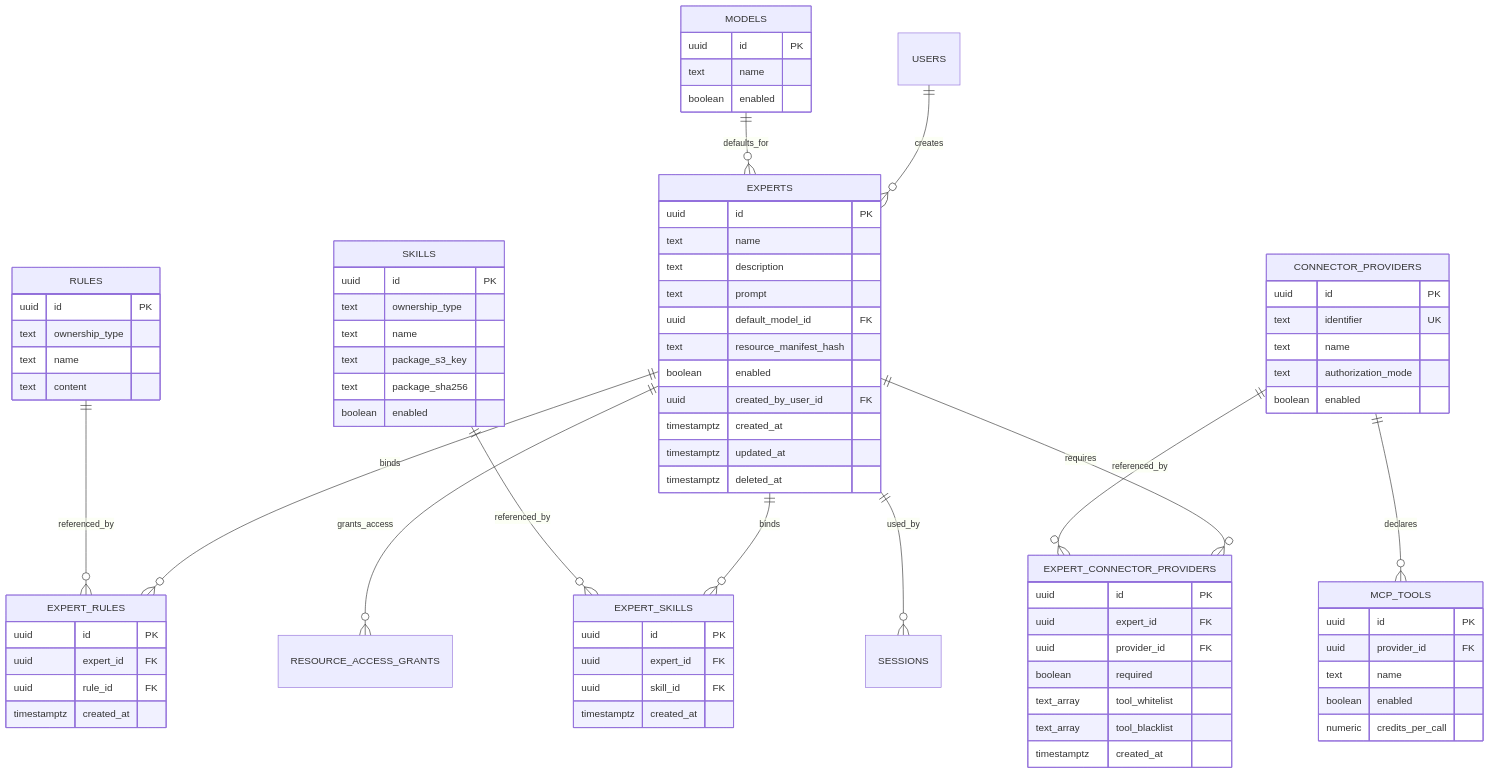
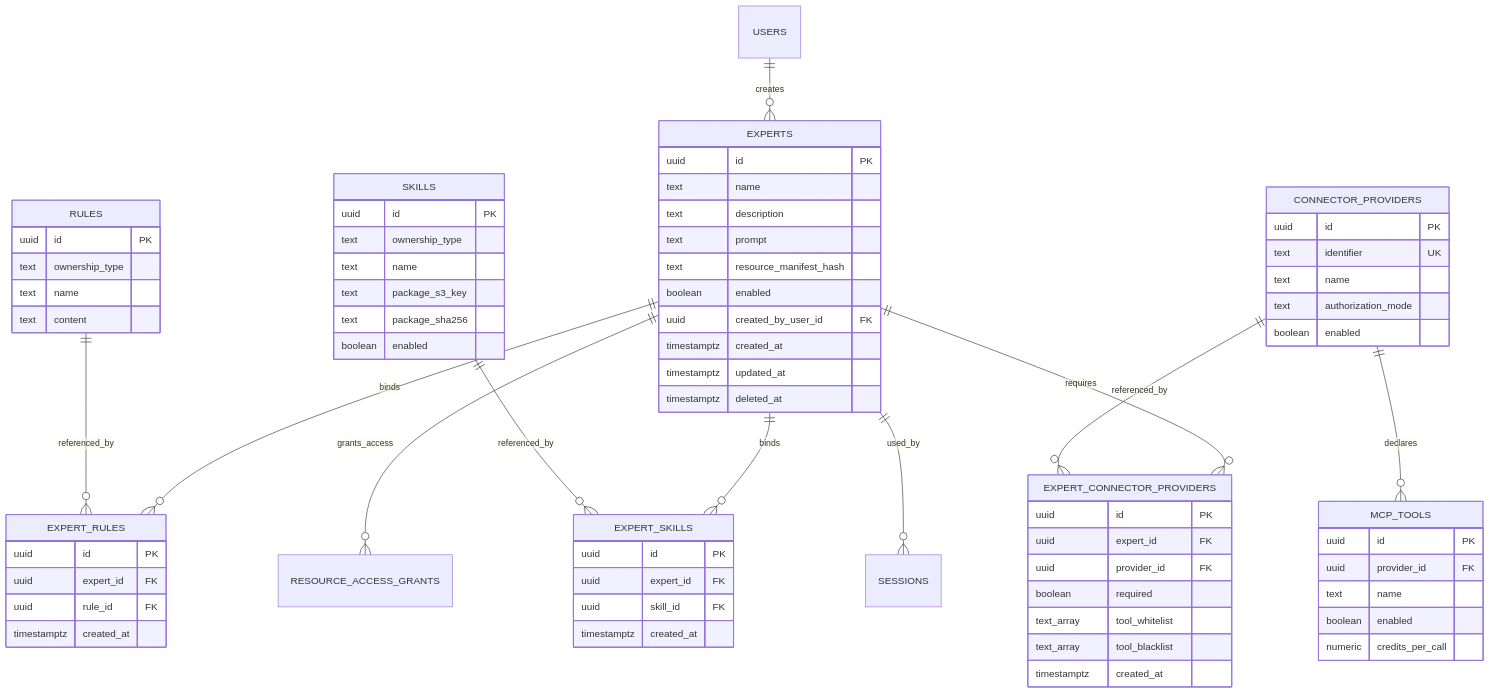
The diagram in monkeyai/design/ai-resource-change-impact.md (chaitin/MonkeyCode), drawn with Mermaid before and after one commit. The commit also changed other lines of this file and 32 other files, not shown here.

````diff
--- a/monkeyai/design/ai-resource-change-impact.md
+++ b/monkeyai/design/ai-resource-change-impact.md
@@ -77,7 +77,6 @@
 ```mermaid
 erDiagram
     USERS ||--o{ EXPERTS : creates
-    MODELS ||--o{ EXPERTS : defaults_for
     EXPERTS ||--o{ EXPERT_RULES : binds
     RULES ||--o{ EXPERT_RULES : referenced_by
     EXPERTS ||--o{ EXPERT_SKILLS : binds
@@ -93,19 +92,12 @@
         text name
         text description
         text prompt
-        uuid default_model_id FK
         text resource_manifest_hash
         boolean enabled
         uuid created_by_user_id FK
         timestamptz created_at
         timestamptz updated_at
         timestamptz deleted_at
-    }
-
-    MODELS {
-        uuid id PK
-        text name
-        boolean enabled
     }
 
     EXPERT_RULES {
````
